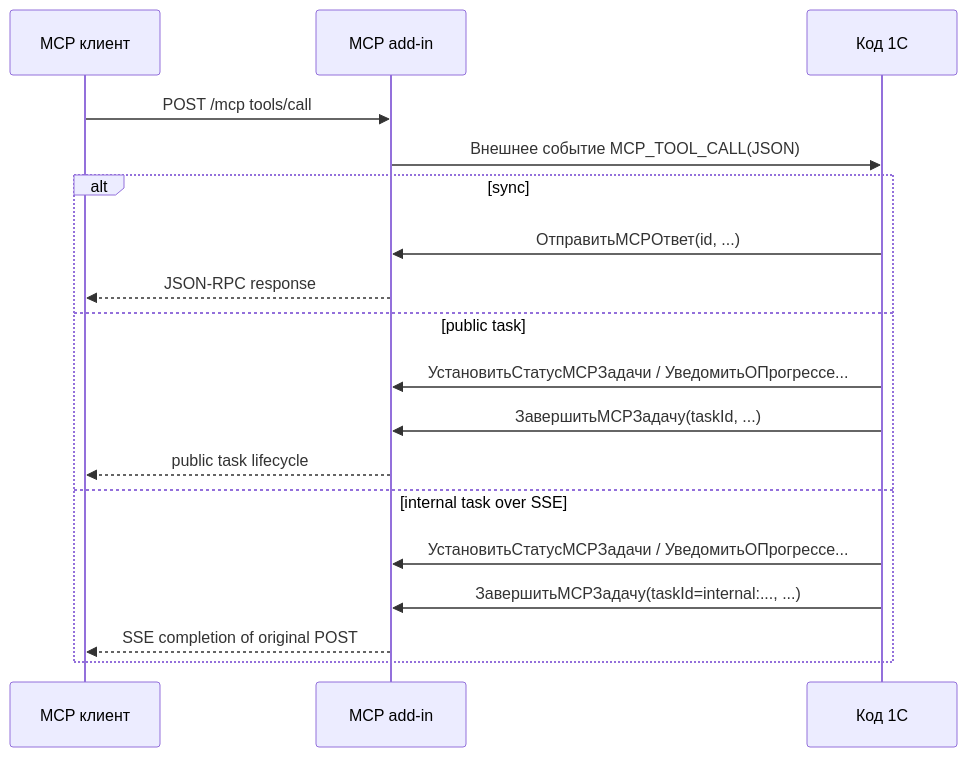
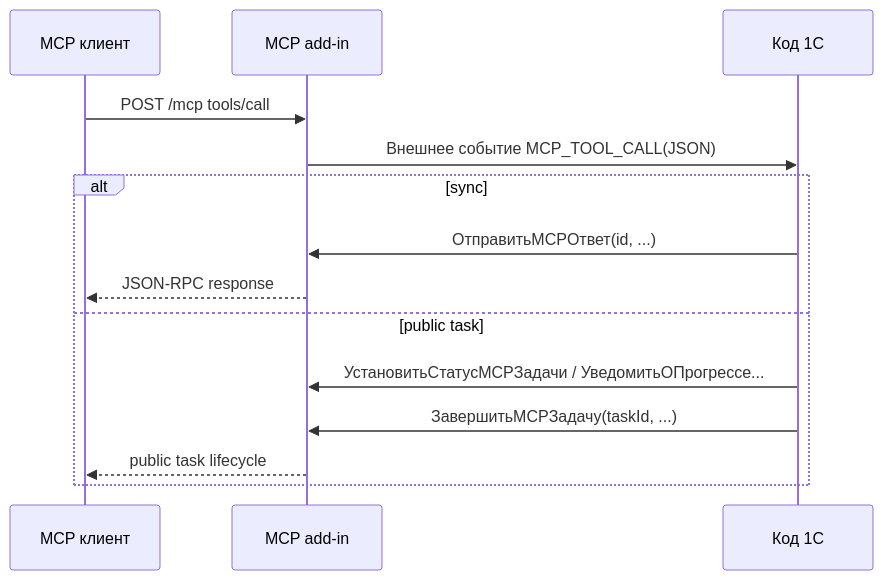
One commit to alkoleft/web-transport-addin changed the sixth of 8 diagrams in docs/architecture/arc42/architecture.md. Above: the diagram before and after it, drawn with Mermaid. The commit also changed other lines of this file and 4 other files, not shown here.

Commit message:
Drop internal MCP task emulation

````diff
--- a/docs/architecture/arc42/architecture.md
+++ b/docs/architecture/arc42/architecture.md
@@ -281,21 +281,17 @@
 ```mermaid
 sequenceDiagram
     participant Client as MCP клиент
     participant Mcp as MCP add-in
     participant OneC as Код 1С
 
     Client->>Mcp: POST /mcp tools/call
     Mcp->>OneC: Внешнее событие MCP_TOOL_CALL(JSON)
     alt sync
         OneC->>Mcp: ОтправитьMCPОтвет(id, ...)
         Mcp-->>Client: JSON-RPC response
     else public task
         OneC->>Mcp: УстановитьСтатусMCPЗадачи / УведомитьОПрогрессе...
         OneC->>Mcp: ЗавершитьMCPЗадачу(taskId, ...)
         Mcp-->>Client: public task lifecycle
-    else internal task over SSE
-        OneC->>Mcp: УстановитьСтатусMCPЗадачи / УведомитьОПрогрессе...
-        OneC->>Mcp: ЗавершитьMCPЗадачу(taskId=internal:..., ...)
-        Mcp-->>Client: SSE completion of original POST
     end
 ```
````
